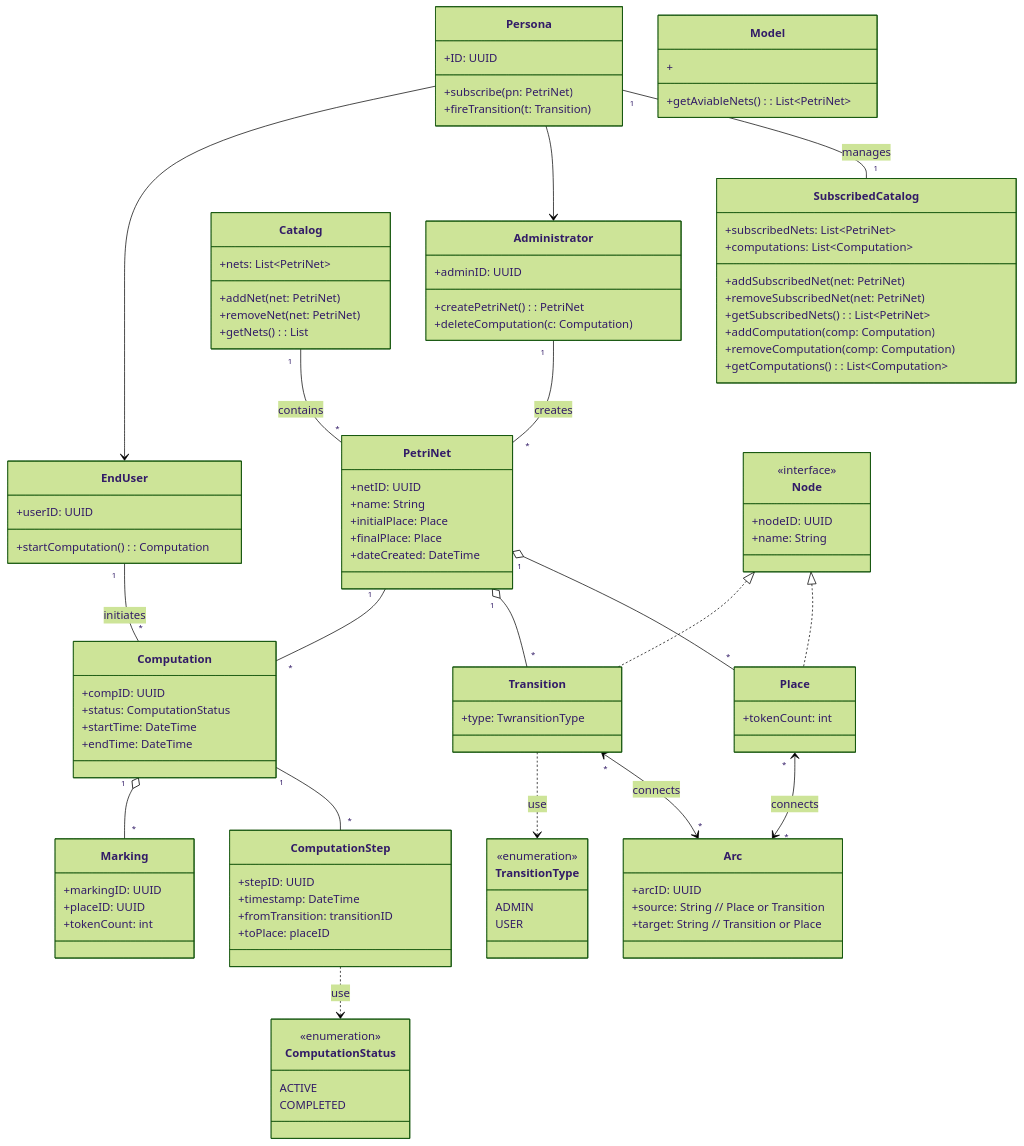
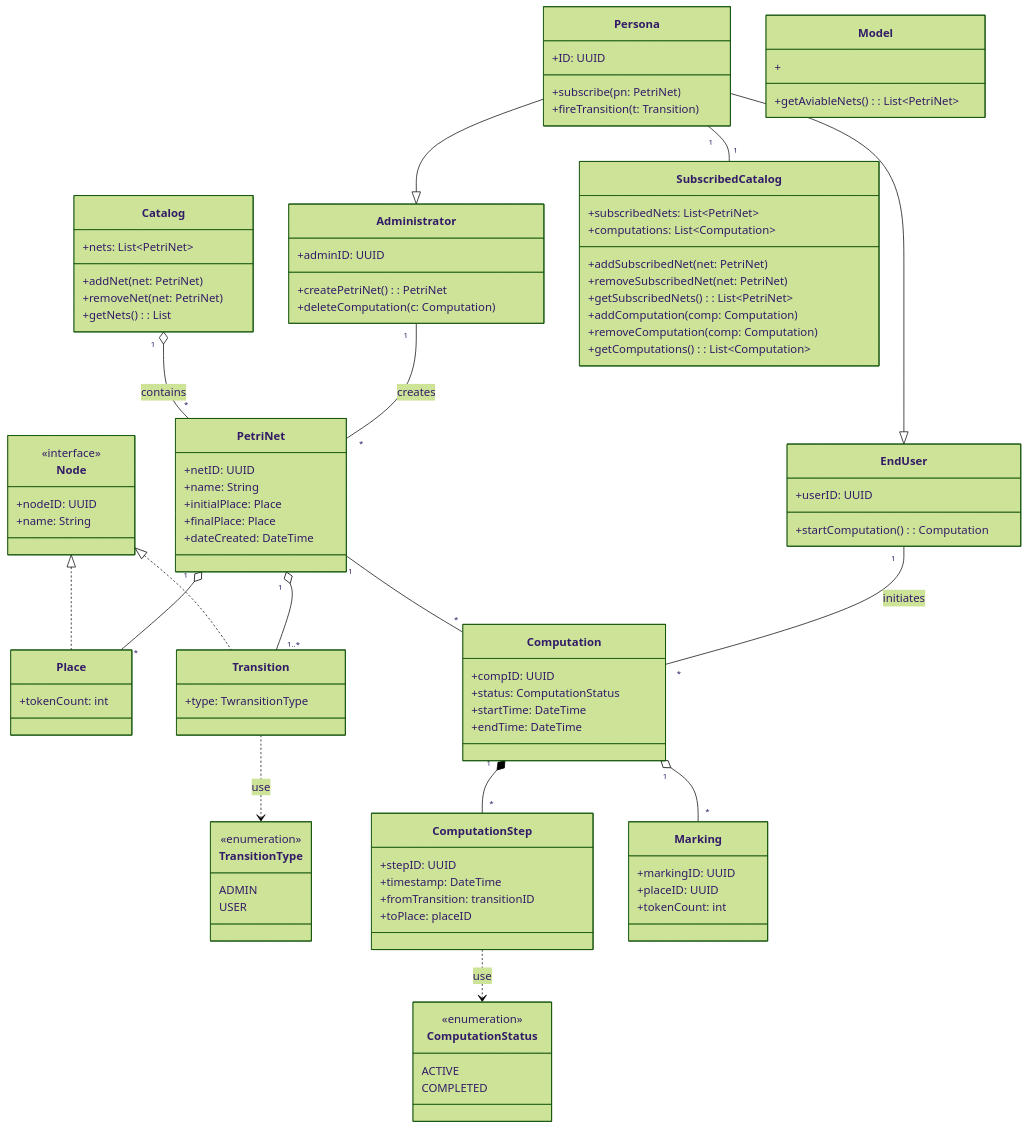
The diagram in docs/classDiagram.mmd (alessio-vivaldelli/PetriHub), drawn with Mermaid (forest theme) before and after one commit. The commit also changed 5 other files, not shown here.

Commit message:
refactor class diagram and add project configuration files

```diff
--- a/docs/classDiagram.mmd
+++ b/docs/classDiagram.mmd
@@ -1,120 +1,113 @@
 classDiagram
 class Persona {
     +ID: UUID
     +subscribe(pn: PetriNet)
     +fireTransition(t: Transition)
 }
 
 class Administrator {
   +adminID: UUID
   +createPetriNet() : PetriNet
   +deleteComputation(c: Computation)
 }
 
 class EndUser {
   +userID: UUID
   +startComputation(): Computation
 }
 
 class PetriNet {
   +netID: UUID
   +name: String
   +initialPlace: Place
   +finalPlace: Place
   +dateCreated: DateTime
 }
 
 class Place {
   +tokenCount: int
 }
 
 class Transition {
 +type: TwransitionType
 }
 
 class TransitionType {
   <<enumeration>>
   ADMIN
   USER
 }
 
-class Arc {
-  +arcID: UUID
-  +source: String  // Place or Transition
-  +target: String  // Transition or Place
-}
 
 class Computation {
   +compID: UUID
   +status: ComputationStatus
   +startTime: DateTime
   +endTime: DateTime
 }
 
 class ComputationStatus {
   <<enumeration>>
   ACTIVE
   COMPLETED
 }
 
 class ComputationStep {
   +stepID: UUID
   +timestamp: DateTime
   +fromTransition: transitionID
   +toPlace: placeID
 }
 
 class Model{
     +getAviableNets() : List~PetriNet~
     +
 }
 
 class Marking{
     +markingID: UUID
     +placeID: UUID
     +tokenCount: int
 }
 
 class Catalog {
     +nets: List~PetriNet~
     +addNet(net: PetriNet)
     +removeNet(net: PetriNet)
     +getNets(): List<PetriNet
 }
 
 class SubscribedCatalog {
     +subscribedNets: List~PetriNet~
     +computations: List~Computation~
     +addSubscribedNet(net: PetriNet)
     +removeSubscribedNet(net: PetriNet)
     +getSubscribedNets(): List~PetriNet~
     +addComputation(comp: Computation)
     +removeComputation(comp: Computation)
     +getComputations(): List~Computation~
 }
 
 class Node {
     <<interface>>
     +nodeID: UUID
     +name: String
 }
 
-Persona "1" -- "1" SubscribedCatalog : manages
-Catalog "1" -- "*" PetriNet : contains
+Persona "1" -- "1" SubscribedCatalog
+Catalog "1" o-- "*" PetriNet : contains
 
 Node <|.. Place
 Node <|.. Transition
 
-Persona --> Administrator
-Persona --> EndUser
+Persona --|> Administrator
+Persona --|> EndUser
 Administrator "1" -- "*" PetriNet : creates
 PetriNet "1" o-- "*" Place
-PetriNet "1" o-- "*" Transition
-Place "*" <--> "*" Arc : connects
-Transition "*" <--> "*" Arc : connects
+PetriNet "1" o-- "1..*" Transition
 PetriNet "1" -- "*" Computation
 EndUser "1" -- "*" Computation : initiates
-Computation "1" -- "*" ComputationStep
+Computation "1" *-- "*" ComputationStep
 Computation "1" o-- "*" Marking
 Transition ..> TransitionType : use
 ComputationStep ..> ComputationStatus : use
```
